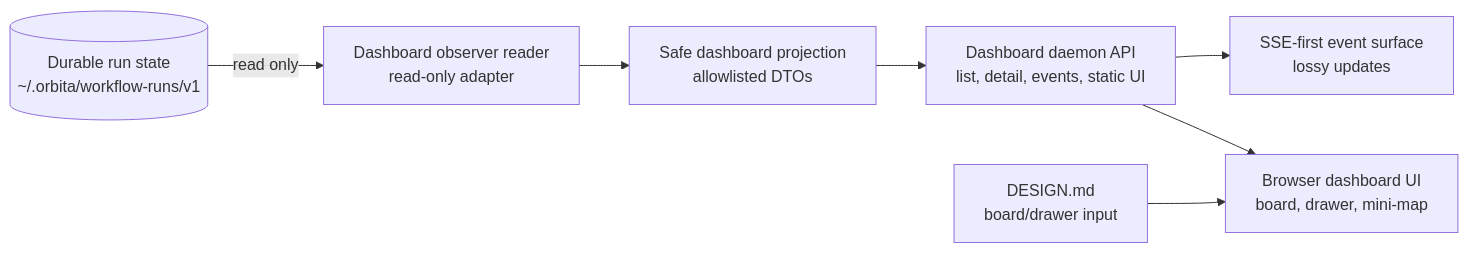
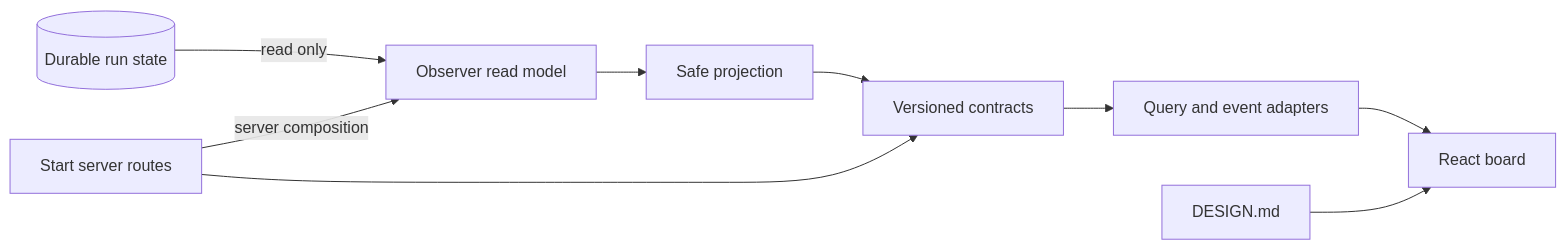
Before and after one commit to MrFlashAccount/UltraSkills: the diagram in skills/orbita/ARCHITECTURE.md, drawn with Mermaid. The commit also changed other lines of this file and 114 other files, not shown here.

Commit message:
Rebuild Orbita dashboard with TanStack Start

````diff
--- a/skills/orbita/ARCHITECTURE.md
+++ b/skills/orbita/ARCHITECTURE.md
@@ -526,24 +625,20 @@
 ```mermaid
 flowchart LR
-  runs[(Durable run state
-~/.orbita/workflow-runs/v1)]
-  observer[Dashboard observer reader
-read-only adapter]
-  projection[Safe dashboard projection
-allowlisted DTOs]
-  api[Dashboard daemon API
-list, detail, events, static UI]
-  sse[SSE-first event surface
-lossy updates]
-  ui[Browser dashboard UI
-board, drawer, mini-map]
-  design[DESIGN.md
-board/drawer input]
+  runs[(Durable run state)]
+  observer[Observer read model]
+  projection[Safe projection]
+  contracts[Versioned contracts]
+  server[Start server routes]
+  client[Query and event adapters]
+  board[React board]
+  design[DESIGN.md]
 
   runs -->|read only| observer
   observer --> projection
-  projection --> api
-  api --> sse
-  api --> ui
-  design --> ui
+  projection --> contracts
+  server -->|server composition| observer
+  server --> contracts
+  contracts --> client
+  client --> board
+  design --> board
 ```
````
